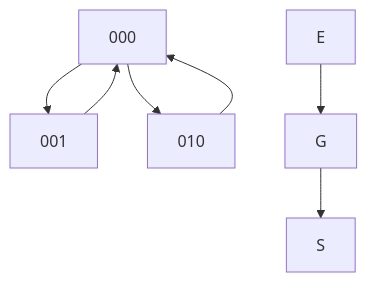
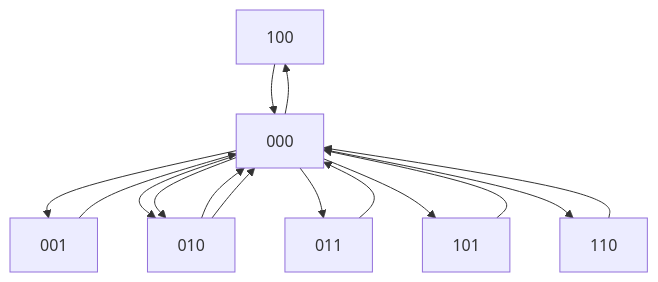
Before and after one commit to facumruiz/Plantilla_DigitalesPIC18: the diagram in README.md, drawn with Mermaid.

````diff
--- a/README.md
+++ b/README.md
@@ -57,10 +57,19 @@
 ```mermaid
 graph TD;
     000-->001;
     001-->000;
     000-->010;
     010-->000;
-    E-->G;
-    G-->S;
+    000-->011;
+    011-->000;
+    000-->100;
+    100-->000;
+    000-->101;
+    101-->000;
+    000-->010;
+    010-->000;
+    000-->110;
+    110-->000;
+  
     
 ```
````
